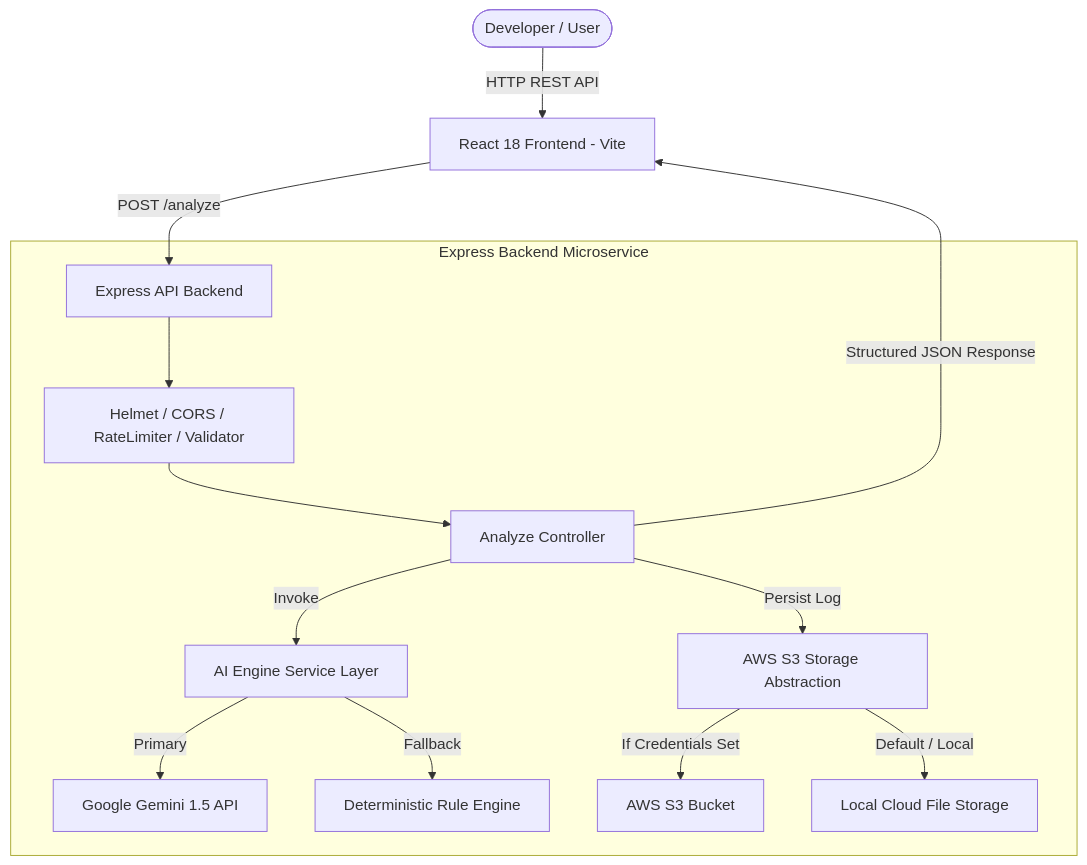
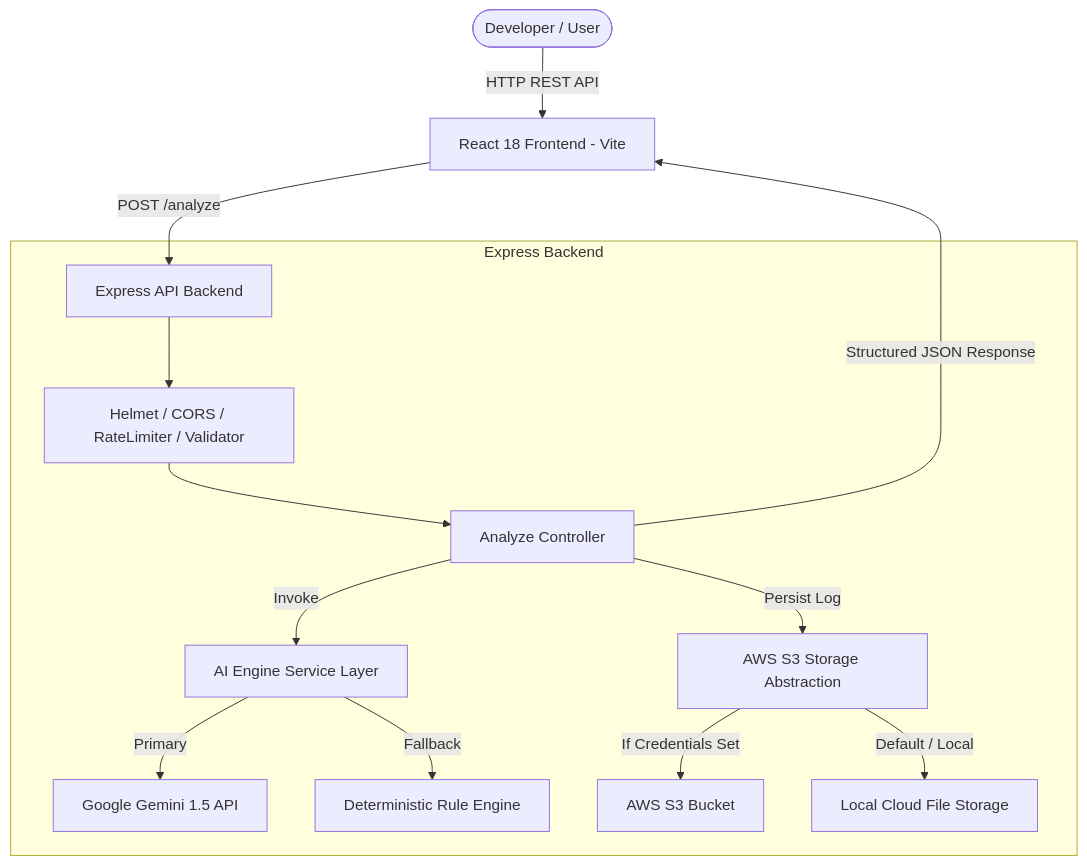
The diagram in README.md (Dhanya562004/Stack-fix), drawn with Mermaid before and after one commit. The commit also changed other lines of this file, not shown here.

````diff
--- a/README.md
+++ b/README.md
@@ -67,21 +67,21 @@
 ```mermaid
 graph TD
     User([Developer / User]) -->|HTTP REST API| ReactFE[React 18 Frontend - Vite]
     ReactFE -->|POST /analyze| ExpressAPI[Express API Backend]
 
-    subgraph Express Backend Microservice
+    subgraph Express Backend
         ExpressAPI --> MW[Helmet / CORS / RateLimiter / Validator]
         MW --> Controller[Analyze Controller]
         
         Controller -->|Invoke| AIService[AI Engine Service Layer]
         Controller -->|Persist Log| StorageService[AWS S3 Storage Abstraction]
         
         AIService -->|Primary| GeminiAPI[Google Gemini 1.5 API]
         AIService -->|Fallback| HeuristicEngine[Deterministic Rule Engine]
         
         StorageService -->|If Credentials Set| AWSS3[AWS S3 Bucket]
         StorageService -->|Default / Local| LocalStorage[Local Cloud File Storage]
     end
 
     Controller -->|Structured JSON Response| ReactFE
 ```
````
